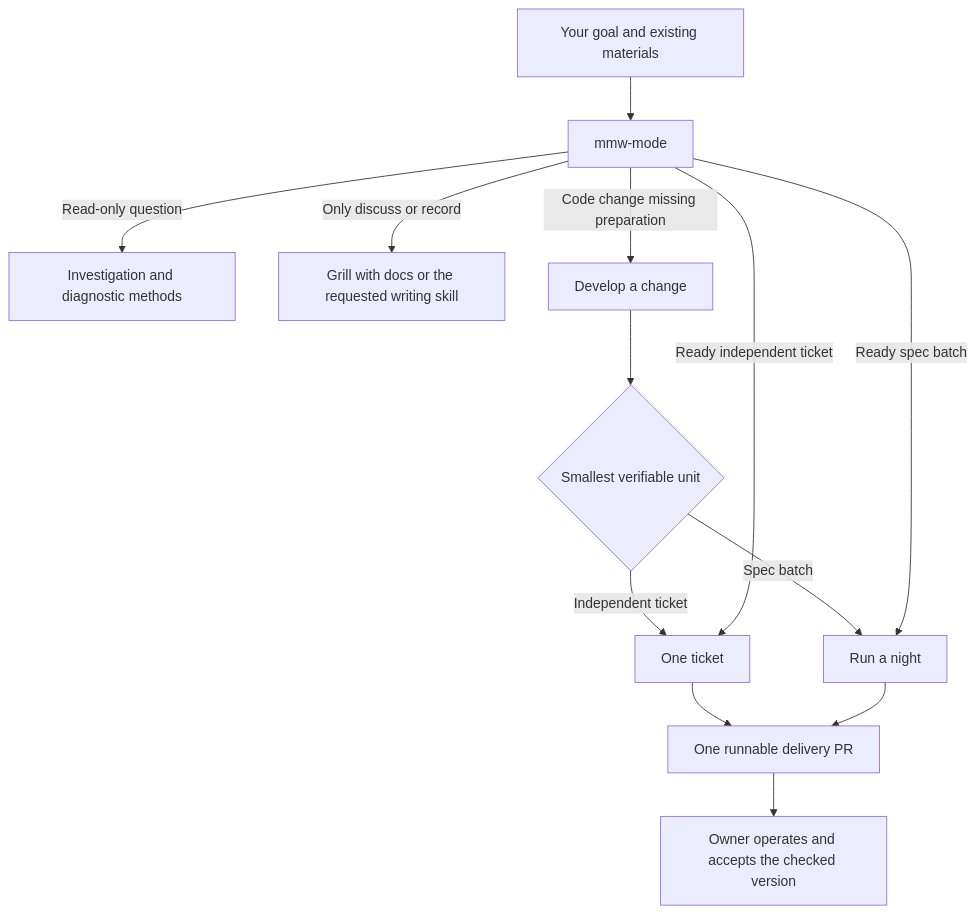
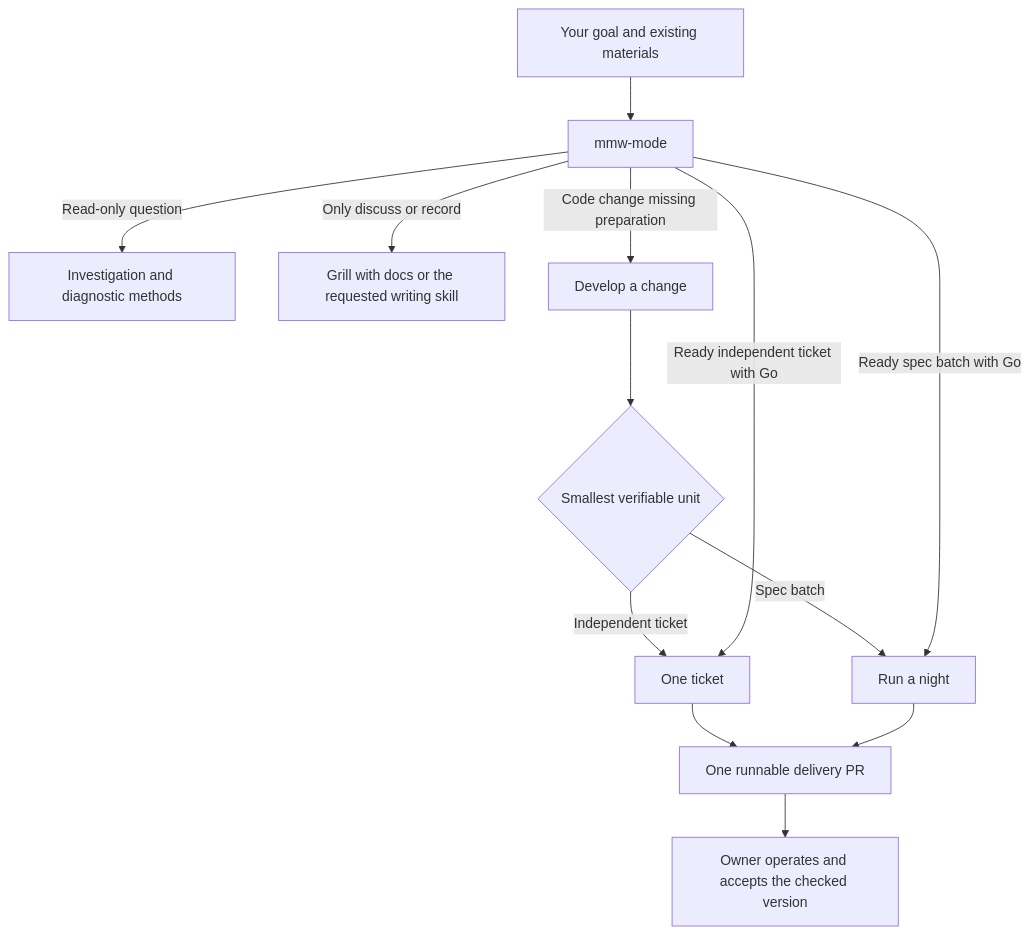
Before and after one commit to chancheuklap/multi-model-workflow: the diagram in mmw-v4/docs/guide/02-mmw-mode.md, drawn with Mermaid. The commit also changed other lines of this file and 32 other files, not shown here.

````diff
--- a/mmw-v4/docs/guide/02-mmw-mode.md
+++ b/mmw-v4/docs/guide/02-mmw-mode.md
@@ -21,15 +21,15 @@
 ```mermaid
 flowchart TD
     A[Your goal and existing materials] --> M[mmw-mode]
     M -->|Read-only question| I[Investigation and diagnostic methods]
     M -->|Only discuss or record| D[Grill with docs or the requested writing skill]
     M -->|Code change missing preparation| P[Develop a change]
     P --> S{Smallest verifiable unit}
     S -->|Independent ticket| O[One ticket]
     S -->|Spec batch| N[Run a night]
-    M -->|Ready independent ticket| O
-    M -->|Ready spec batch| N
+    M -->|Ready independent ticket with Go| O
+    M -->|Ready spec batch with Go| N
     O --> PR[One runnable delivery PR]
     N --> PR
     PR --> H[Owner operates and accepts the checked version]
 ```
````
